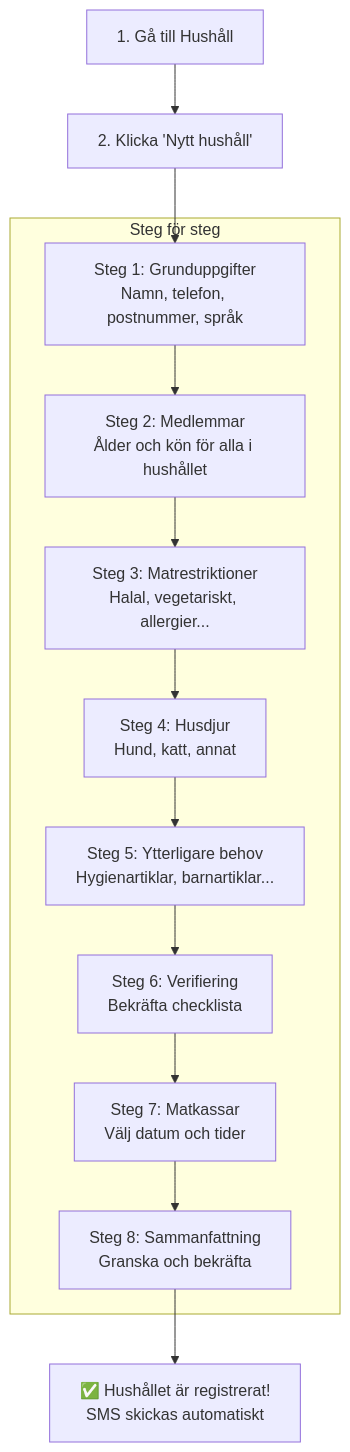
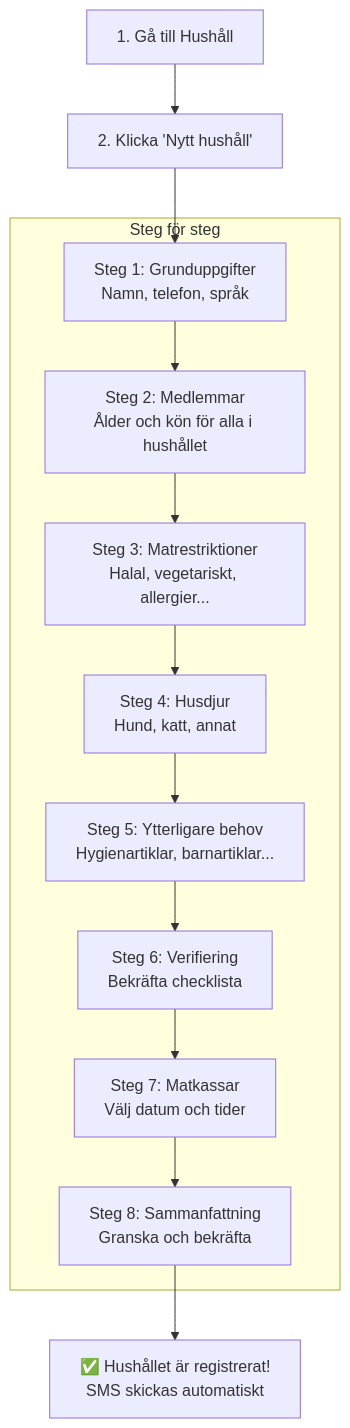
Before and after one commit to Vasteras-Stadsmission/matkassen: the third of 5 diagrams in docs/anvandarguide-sv.md, drawn with Mermaid. The commit also changed 40 other files, not shown here.

````diff
--- a/docs/anvandarguide-sv.md
+++ b/docs/anvandarguide-sv.md
@@ -104,20 +104,20 @@
 ```mermaid
 flowchart TD
     H1["1. Gå till Hushåll"]
     H2["2. Klicka 'Nytt hushåll'"]
 
     subgraph Steg för steg
-        S1["Steg 1: Grunduppgifter<br/>Namn, telefon, postnummer, språk"]
+        S1["Steg 1: Grunduppgifter<br/>Namn, telefon, språk"]
         S2["Steg 2: Medlemmar<br/>Ålder och kön för alla i hushållet"]
         S3["Steg 3: Matrestriktioner<br/>Halal, vegetariskt, allergier..."]
         S4["Steg 4: Husdjur<br/>Hund, katt, annat"]
         S5["Steg 5: Ytterligare behov<br/>Hygienartiklar, barnartiklar..."]
         S6["Steg 6: Verifiering<br/>Bekräfta checklista"]
         S7["Steg 7: Matkassar<br/>Välj datum och tider"]
         S8["Steg 8: Sammanfattning<br/>Granska och bekräfta"]
     end
 
     H1 --> H2 --> S1 --> S2 --> S3 --> S4 --> S5 --> S6 --> S7 --> S8
 
     S8 --> Klar["✅ Hushållet är registrerat!<br/>SMS skickas automatiskt"]
 ```
````
